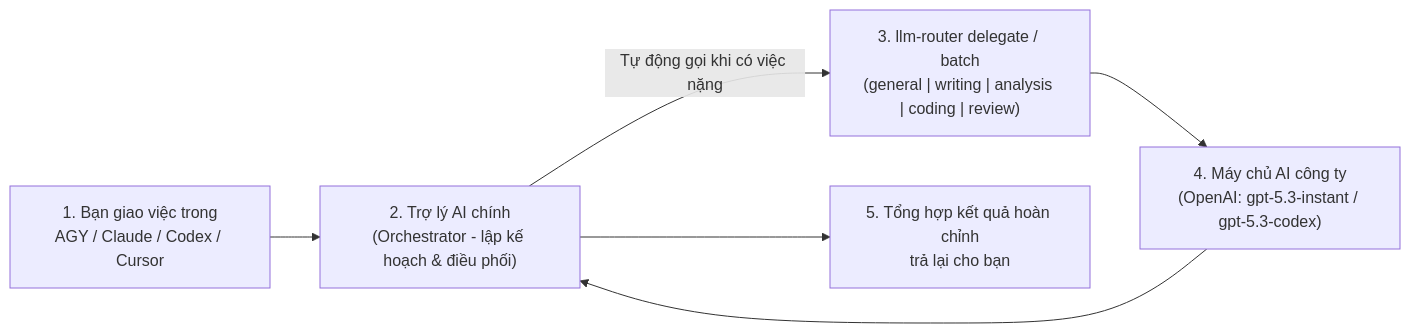
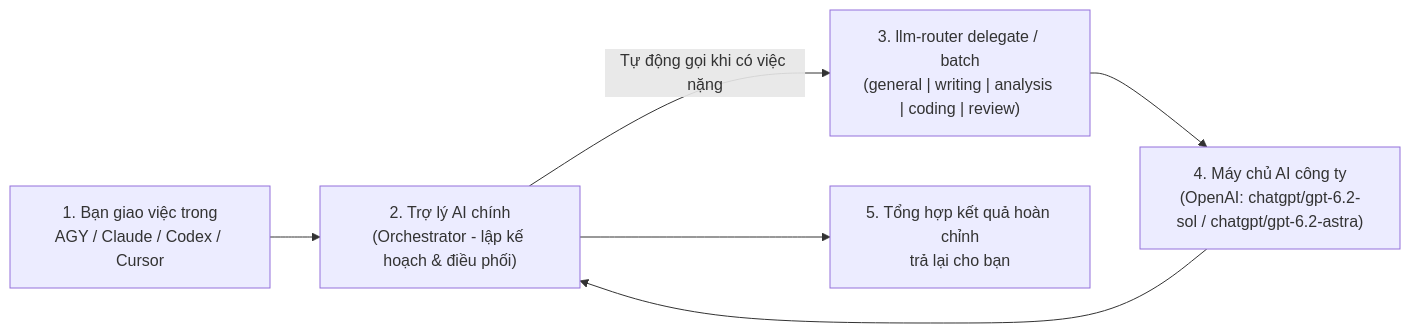
One commit to productaivn-wq/llm-provider-router changed the diagram in docs/VISUAL_GUIDE_VI.md. Above: the diagram before and after it, drawn with Mermaid. The commit also changed other lines of this file and 13 other files, not shown here.

````diff
--- a/docs/VISUAL_GUIDE_VI.md
+++ b/docs/VISUAL_GUIDE_VI.md
@@ -19,8 +23,8 @@
 ```mermaid
 flowchart LR
     U["1. Bạn giao việc trong<br/>AGY / Claude / Codex / Cursor"] --> O["2. Trợ lý AI chính<br/>(Orchestrator - lập kế hoạch & điều phối)"]
     O -->|"Tự động gọi khi có việc nặng"| D["3. llm-router delegate / batch<br/>(general | writing | analysis | coding | review)"]
-    D --> P["4. Máy chủ AI công ty<br/>(OpenAI: gpt-5.3-instant / gpt-5.3-codex)"]
+    D --> P["4. Máy chủ AI công ty<br/>(OpenAI: chatgpt/gpt-6.2-sol / chatgpt/gpt-6.2-astra)"]
     P --> O
     O --> R["5. Tổng hợp kết quả hoàn chỉnh<br/>trả lại cho bạn"]
 ```
````
